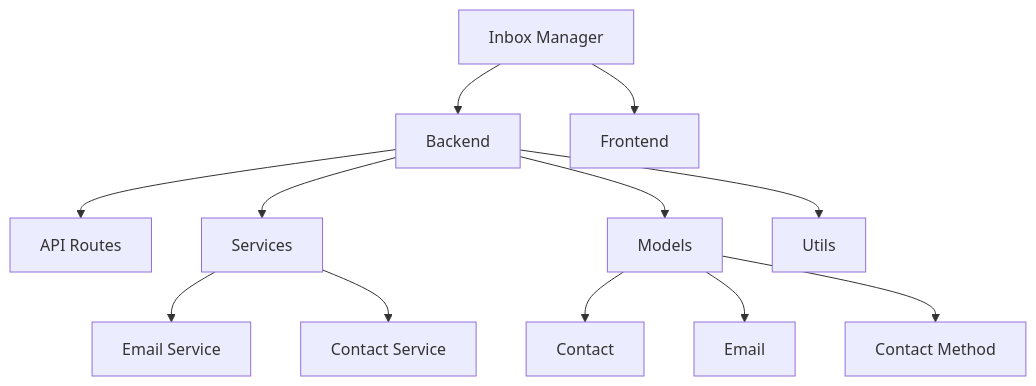
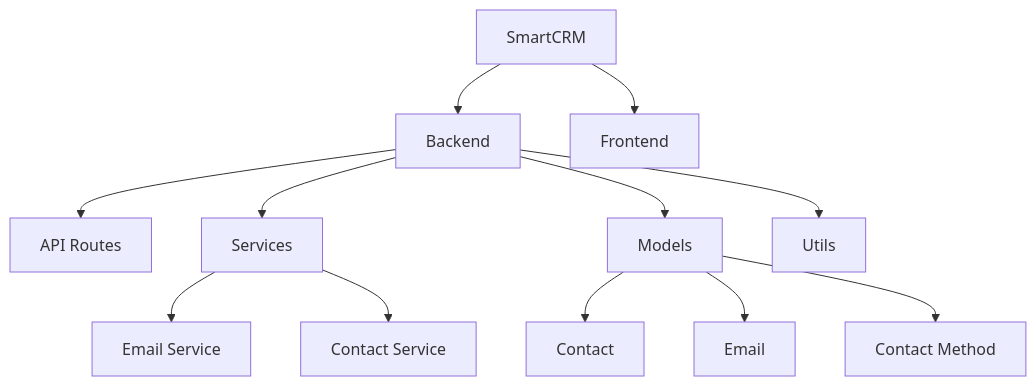
Before and after one commit to MihirMishra23/SmartCRM: the diagram in docs/index.md, drawn with Mermaid. The commit also changed other lines of this file and 10 other files, not shown here.

Commit message:
refactor: rename project from Inbox Manager to SmartCRM

````diff
--- a/docs/index.md
+++ b/docs/index.md
@@ -22,14 +22,14 @@
 ```mermaid
 graph TD
-    A[Inbox Manager] --> B[Backend]
+    A[SmartCRM] --> B[Backend]
     A --> C[Frontend]
     B --> D[API Routes]
     B --> E[Services]
     B --> F[Models]
     B --> G[Utils]
     E --> H[Email Service]
     E --> I[Contact Service]
     F --> J[Contact]
     F --> K[Email]
     F --> L[Contact Method]
 ```
````
